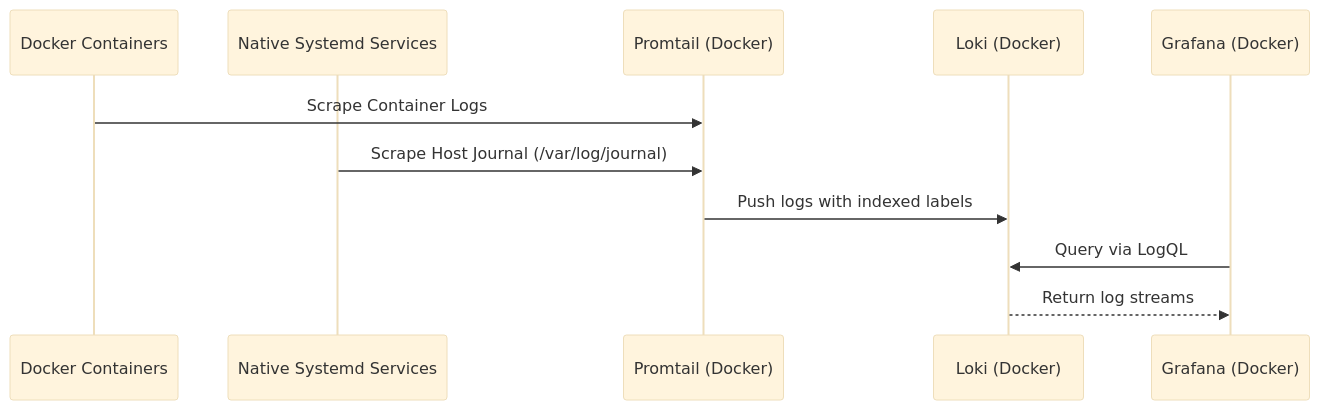
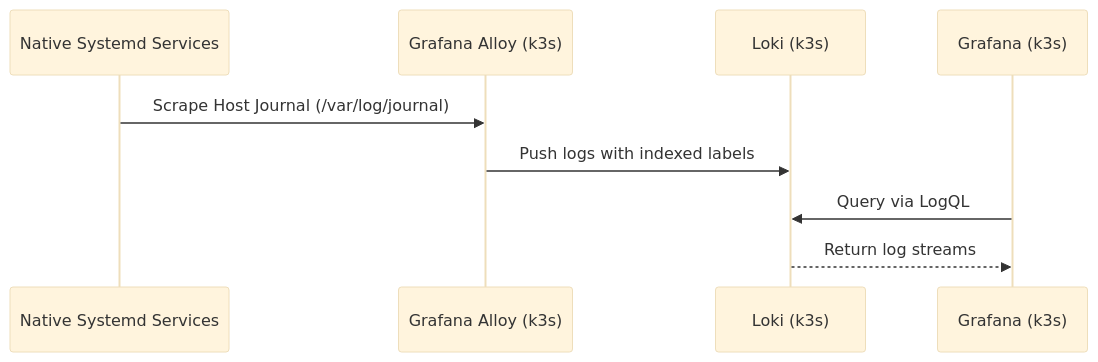
Before and after one commit to victoriacheng15/observability-hub: the diagram in docs/architecture/infrastructure/deployment.md, drawn with Mermaid (base theme). The commit also changed other lines of this file and 9 other files, not shown here.

Commit message:
docs(k3s): finalize architectural transition and update project principles (#130)

````diff
--- a/docs/architecture/infrastructure/deployment.md
+++ b/docs/architecture/infrastructure/deployment.md
@@ -34,14 +33,12 @@
 ```mermaid
 sequenceDiagram
-    participant Containers as Docker Containers
     participant Systemd as Native Systemd Services
-    participant Promtail as Promtail (Docker)
-    participant Loki as Loki (Docker)
-    participant Grafana as Grafana (Docker)
+    participant Alloy as Grafana Alloy (k3s)
+    participant Loki as Loki (k3s)
+    participant Grafana as Grafana (k3s)
 
-    Containers->>Promtail: Scrape Container Logs
-    Systemd->>Promtail: Scrape Host Journal (/var/log/journal)
-    Promtail->>Loki: Push logs with indexed labels
+    Systemd->>Alloy: Scrape Host Journal (/var/log/journal)
+    Alloy->>Loki: Push logs with indexed labels
     Grafana->>Loki: Query via LogQL
     Loki-->>Grafana: Return log streams
 ```
````
